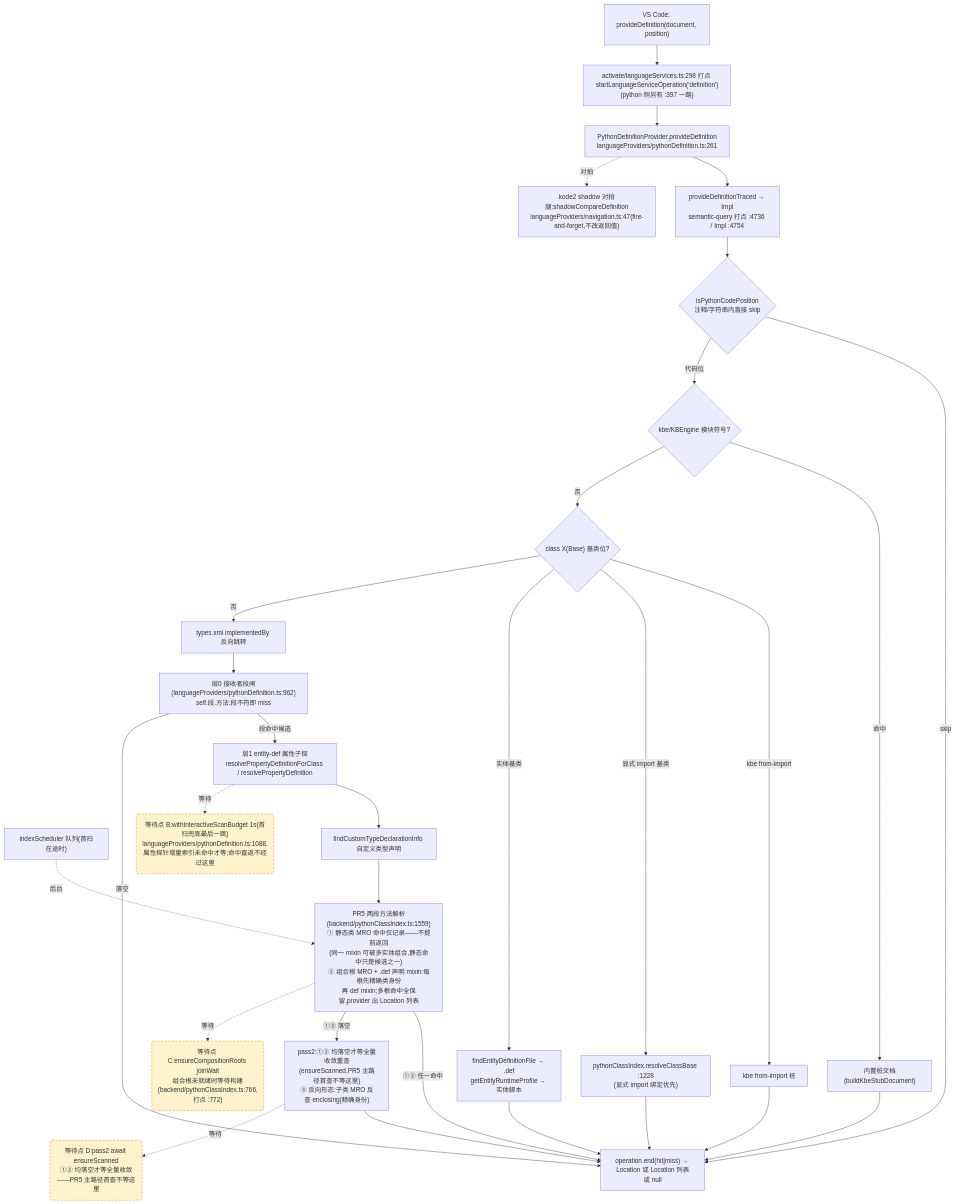
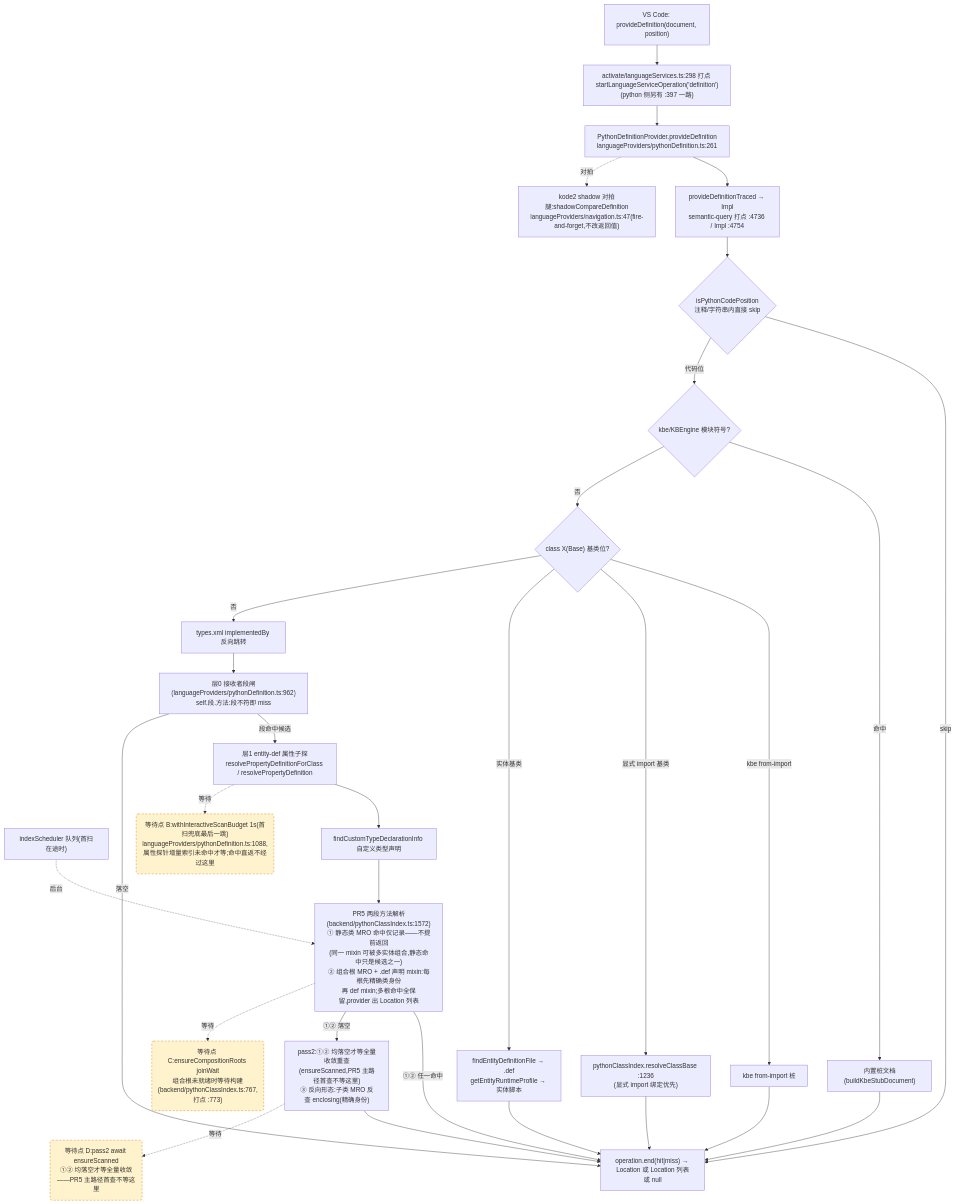
One commit to cuihairu/kode changed the second of 4 diagrams in docs/perf/2026-baseline.md. Above: the diagram before and after it, drawn with Mermaid. The commit also changed other lines of this file and 7 other files, not shown here.

````diff
--- a/docs/perf/2026-baseline.md
+++ b/docs/perf/2026-baseline.md
@@ -149,51 +150,51 @@
 ```mermaid
 flowchart TD
   VC2["VS Code: provideDefinition(document, position)"]
   M2["activate/languageServices.ts:298 打点 startLanguageServiceOperation('definition')<br/>(python 侧另有 :397 一路)"]
   AD2["PythonDefinitionProvider.provideDefinition<br/>languageProviders/pythonDefinition.ts:261"]
   TR["provideDefinitionTraced → Impl<br/>semantic-query 打点 :4736 / Impl :4754"]
   CTX{"isPythonCodePosition<br/>注释/字符串内直接 skip"}
   KBE{"kbe/KBEngine 模块符号?"}
   STUB["内置桩文档(buildKbeStubDocument)"]
   CB{"class X(Base) 基类位?"}
   CB1["kbe from-import 桩"]
-  CB2["pythonClassIndex.resolveClassBase :1228<br/>(显式 import 绑定优先)"]
+  CB2["pythonClassIndex.resolveClassBase :1236<br/>(显式 import 绑定优先)"]
   CB3["findEntityDefinitionFile → .def<br/>getEntityRuntimeProfile → 实体脚本"]
   REV["types.xml implementedBy 反向跳转"]
   L0["层0 接收者段闸(languageProviders/pythonDefinition.ts:962)<br/>self.段.方法:段不符即 miss"]
   L1["层1 entity-def 属性子探<br/>resolvePropertyDefinitionForClass / resolvePropertyDefinition"]
   SCAN["indexScheduler 队列(首扫在途时)"]
   TY["findCustomTypeDeclarationInfo 自定义类型声明"]
-  MRO["PR5 两段方法解析(backend/pythonClassIndex.ts:1559)<br/>① 静态类 MRO 命中仅记录——不提前返回<br/>(同一 mixin 可被多实体组合,静态命中只是候选之一)<br/>② 组合根 MRO + .def 声明 mixin:每根先精确类身份<br/>再 def mixin;多根命中全保留,provider 出 Location 列表"]
+  MRO["PR5 两段方法解析(backend/pythonClassIndex.ts:1572)<br/>① 静态类 MRO 命中仅记录——不提前返回<br/>(同一 mixin 可被多实体组合,静态命中只是候选之一)<br/>② 组合根 MRO + .def 声明 mixin:每根先精确类身份<br/>再 def mixin;多根命中全保留,provider 出 Location 列表"]
   PASS2["pass2:①② 均落空才等全量收敛重查<br/>(ensureScanned,PR5 主路径首查不等这里)<br/>③ 反向形态:子类 MRO 反查 enclosing(精确身份)"]
   SHD["kode2 shadow 对拍腿:shadowCompareDefinition<br/>languageProviders/navigation.ts:47(fire-and-forget,不改返回值)"]
   END2["operation.end(hit|miss) → Location 或 Location 列表或 null"]
 
   VC2 --> M2 --> AD2 --> TR --> CTX
   CTX -- "skip" --> END2
   CTX -- "代码位" --> KBE
   KBE -- "命中" --> STUB --> END2
   KBE -- "否" --> CB
   CB -- "kbe from-import" --> CB1 --> END2
   CB -- "显式 import 基类" --> CB2 --> END2
   CB -- "实体基类" --> CB3 --> END2
   CB -- "否" --> REV --> L0
   L0 -- "段命中候选" --> L1
   L0 -- "落空" --> END2
   L1 --> TY
   TY --> MRO
   MRO -- "①② 任一命中" --> END2
   MRO -- "①② 落空" --> PASS2 --> END2
   AD2 -.->|对拍| SHD
 
   WAITB("等待点 B:withInteractiveScanBudget 1s(首扫兜底最后一跳)<br/>languageProviders/pythonDefinition.ts:1088,属性探针增量索引未命中才等;命中直返不经过这里")
-  WAITC("等待点 C:ensureCompositionRoots joinWait<br/>组合根未就绪时等待构建(backend/pythonClassIndex.ts:766,打点 :772)")
+  WAITC("等待点 C:ensureCompositionRoots joinWait<br/>组合根未就绪时等待构建(backend/pythonClassIndex.ts:767,打点 :773)")
   WAITD("等待点 D:pass2 await ensureScanned<br/>①② 均落空才等全量收敛——PR5 主路径首查不等这里")
   L1 -.->|等待| WAITB
   MRO -.->|等待| WAITC
   PASS2 -.->|等待| WAITD
   SCAN -.->|后台| MRO
 
   classDef waitPoint fill:#fff3cd,stroke:#d97706,stroke-dasharray:5 4;
   class WAITB,WAITC,WAITD waitPoint;
 ```
````
